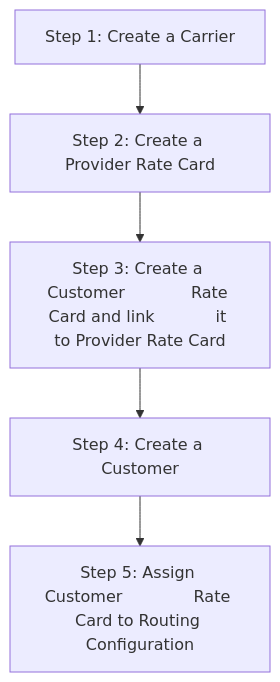
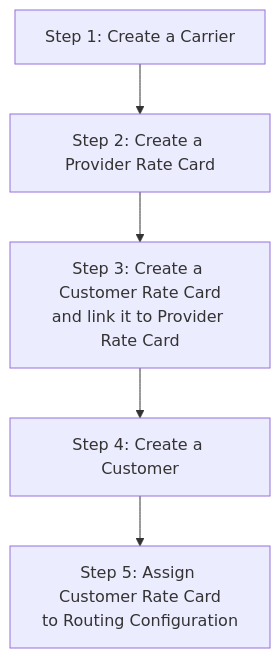
Before and after one commit to connexcs/docs: the diagram in docs/getting-started.md, drawn with Mermaid. The commit also changed other lines of this file and 7 other files, not shown here.

````diff
--- a/docs/getting-started.md
+++ b/docs/getting-started.md
@@ -206,7 +220,7 @@
 ```mermaid
 graph TD
     A[Step 1: Create a Carrier] --> B[Step 2: Create a Provider Rate Card]
-    B --> C[Step 3: Create a Customer             Rate Card and link            it to Provider Rate Card]
+    B --> C[Step 3: Create a Customer Rate Card<br/>and link it to Provider Rate Card]
     C --> D[Step 4: Create a Customer]
-    D --> E[Step 5: Assign Customer              Rate Card to Routing Configuration]
+    D --> E[Step 5: Assign Customer Rate Card<br/>to Routing Configuration]
 ```
````
